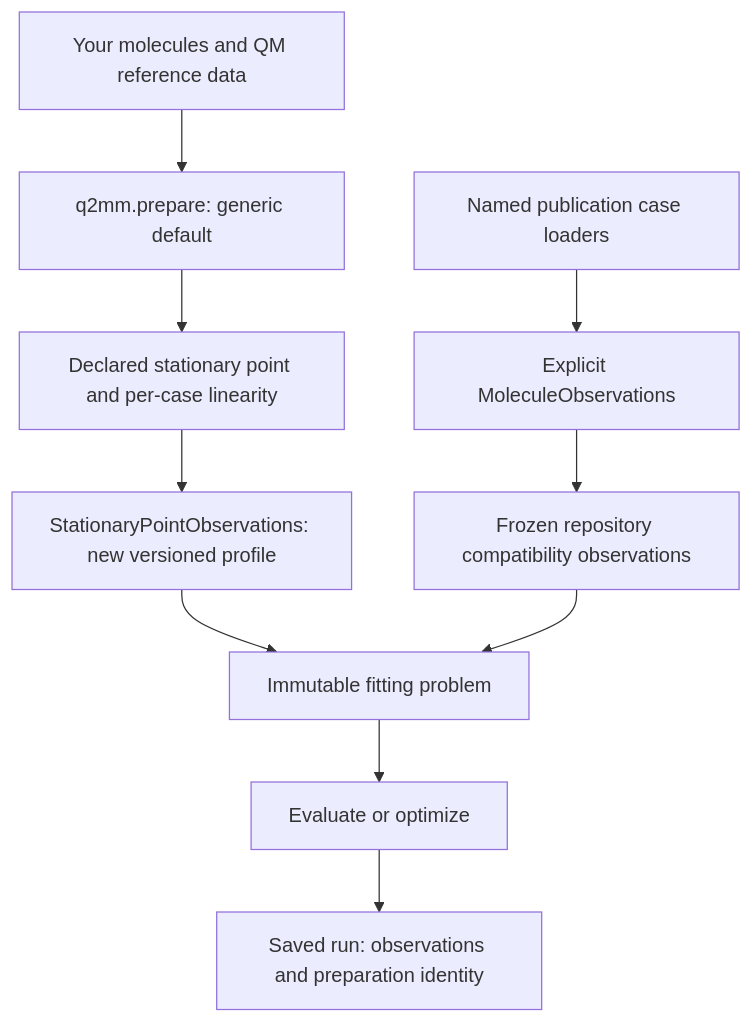
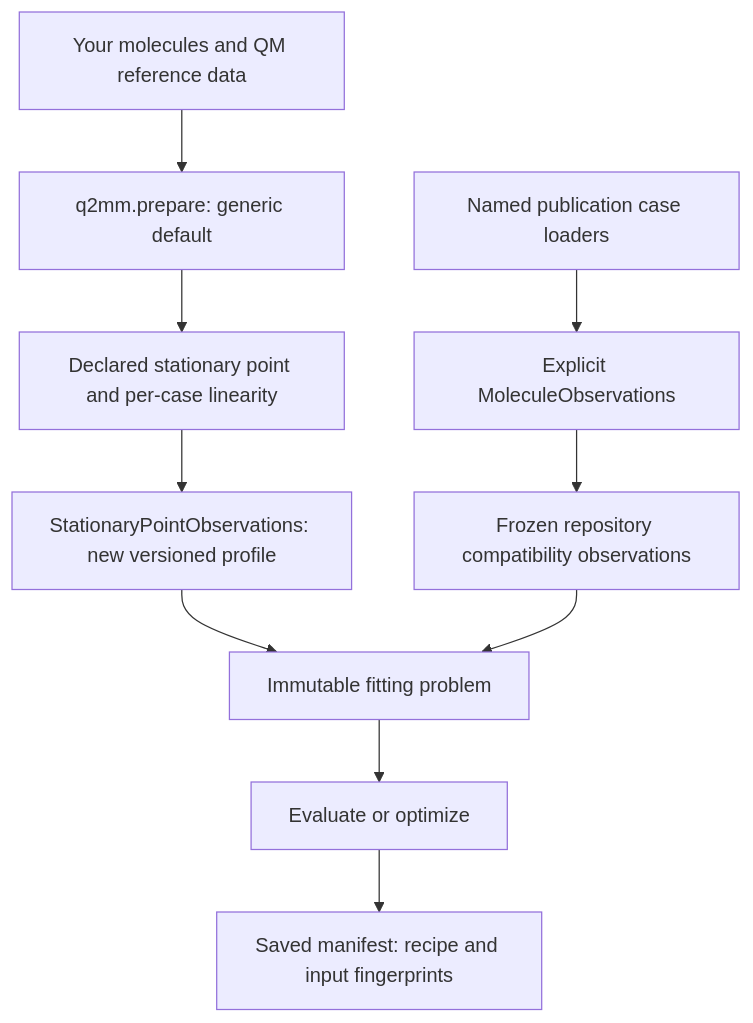
The first of 2 diagrams in docs/how-it-works/fitting-objectives.md (ericchansen/q2mm), drawn with Mermaid before and after one commit. The commit also changed other lines of this file and 6 other files, not shown here.

Commit message:
fix(preparation): Correct recipe audit and basis docs

````diff
--- a/docs/how-it-works/fitting-objectives.md
+++ b/docs/how-it-works/fitting-objectives.md
@@ -42,12 +42,12 @@
 ```mermaid
 flowchart TD
     Input["Your molecules and QM reference data"] --> Generic["q2mm.prepare: generic default"]
     Generic --> Select["Declared stationary point and per-case linearity"]
     Select --> New["StationaryPointObservations: new versioned profile"]
     Source["Named publication case loaders"] --> Compat["Explicit MoleculeObservations"]
     Compat --> Frozen["Frozen repository compatibility observations"]
     New --> Problem["Immutable fitting problem"]
     Frozen --> Problem
     Problem --> Run["Evaluate or optimize"]
-    Run --> Saved["Saved run: observations and preparation identity"]
+    Run --> Saved["Saved manifest: recipe and input fingerprints"]
 ```
````
